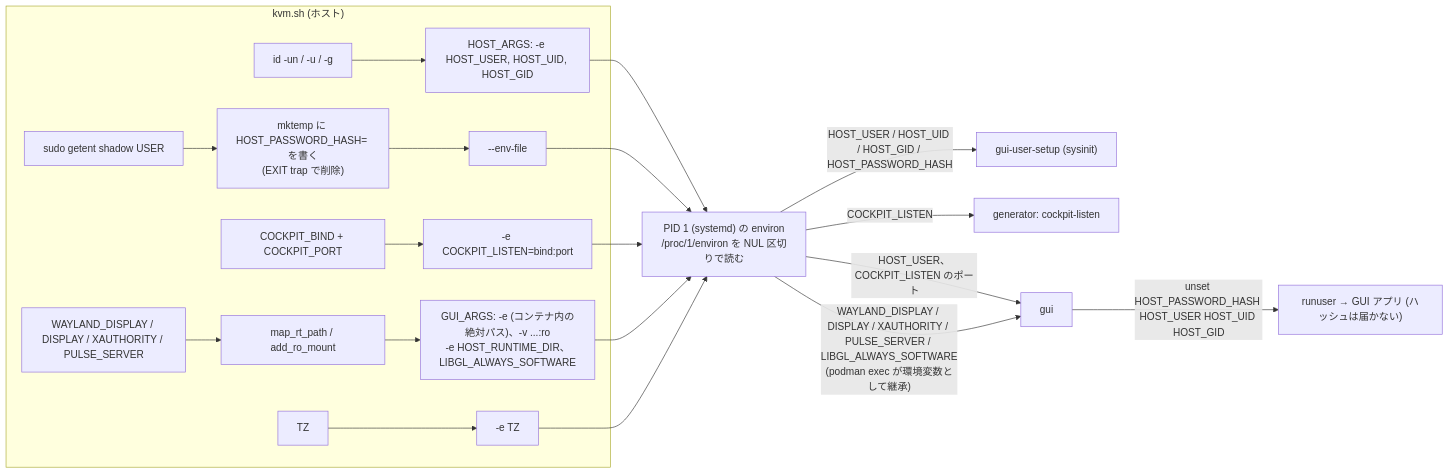
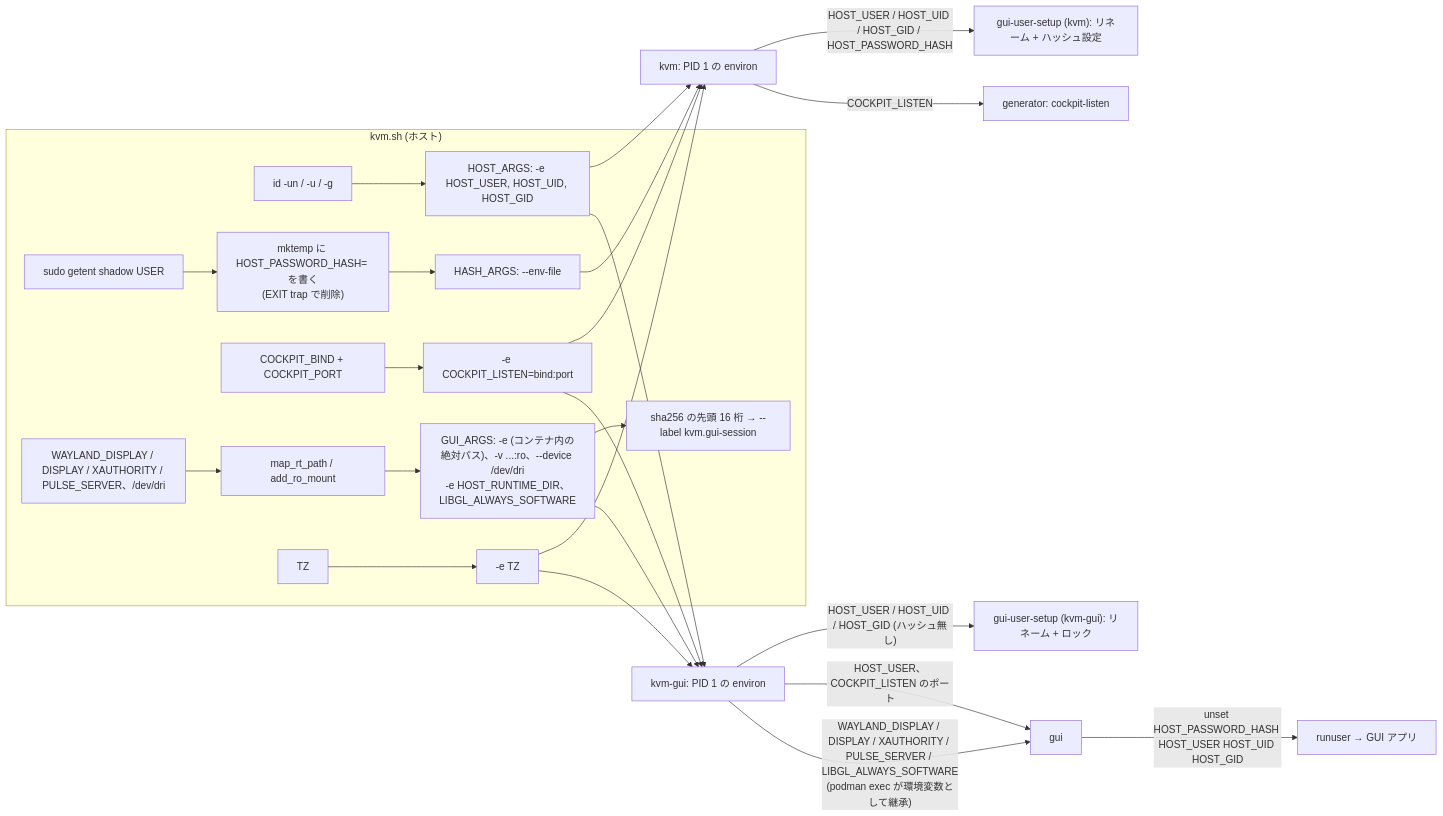
One commit to ryo-aoki-pc/kvm-container changed the eighth of 22 diagrams in docs/SPEC.md. Above: the diagram before and after it, drawn with Mermaid. The commit also changed other lines of this file, not shown here.

First line of the commit message:
docs/SPEC.md を 2 コンテナ構成 (kvm + kvm-gui) に合わせて全面更新する

````diff
--- a/docs/SPEC.md
+++ b/docs/SPEC.md
@@ -370,21 +474,27 @@
 ```mermaid
 flowchart LR
   subgraph src ["kvm.sh (ホスト)"]
     id["id -un / -u / -g"] --> ha["HOST_ARGS: -e HOST_USER, HOST_UID, HOST_GID"]
-    shadow["sudo getent shadow USER"] --> envf["mktemp に HOST_PASSWORD_HASH= を書く<br/>(EXIT trap で削除)"] --> ef["--env-file"]
+    shadow["sudo getent shadow USER"] --> envf["mktemp に HOST_PASSWORD_HASH= を書く<br/>(EXIT trap で削除)"] --> hash["HASH_ARGS: --env-file"]
     cb["COCKPIT_BIND + COCKPIT_PORT"] --> cl["-e COCKPIT_LISTEN=bind:port"]
-    sess["WAYLAND_DISPLAY / DISPLAY / XAUTHORITY / PULSE_SERVER"] --> map["map_rt_path / add_ro_mount"] --> ga["GUI_ARGS: -e (コンテナ内の絶対パス)、-v ...:ro<br/>-e HOST_RUNTIME_DIR、LIBGL_ALWAYS_SOFTWARE"]
+    sess["WAYLAND_DISPLAY / DISPLAY / XAUTHORITY / PULSE_SERVER、/dev/dri"] --> map["map_rt_path / add_ro_mount"] --> ga["GUI_ARGS: -e (コンテナ内の絶対パス)、-v ...:ro、--device /dev/dri<br/>-e HOST_RUNTIME_DIR、LIBGL_ALWAYS_SOFTWARE"]
+    ga --> label["sha256 の先頭 16 桁 → --label kvm.gui-session"]
     tz["TZ"] --> tzarg["-e TZ"]
   end
-  env["PID 1 (systemd) の environ<br/>/proc/1/environ を NUL 区切りで読む"]
-  ha --> env
-  ef --> env
-  cl --> env
-  ga --> env
-  tzarg --> env
-  env -->|"HOST_USER / HOST_UID / HOST_GID / HOST_PASSWORD_HASH"| gus["gui-user-setup (sysinit)"]
-  env -->|"COCKPIT_LISTEN"| gen["generator: cockpit-listen"]
-  env -->|"HOST_USER、COCKPIT_LISTEN のポート"| gui["gui"]
-  env -->|"WAYLAND_DISPLAY / DISPLAY / XAUTHORITY / PULSE_SERVER / LIBGL_ALWAYS_SOFTWARE<br/>(podman exec が環境変数として継承)"| gui
-  gui -->|"unset HOST_PASSWORD_HASH HOST_USER HOST_UID HOST_GID"| app["runuser → GUI アプリ (ハッシュは届かない)"]
+  kenv["kvm: PID 1 の environ"]
+  genv["kvm-gui: PID 1 の environ"]
+  ha --> kenv
+  ha --> genv
+  hash --> kenv
+  cl --> kenv
+  cl --> genv
+  ga --> genv
+  tzarg --> kenv
+  tzarg --> genv
+  kenv -->|"HOST_USER / HOST_UID / HOST_GID / HOST_PASSWORD_HASH"| kgus["gui-user-setup (kvm): リネーム + ハッシュ設定"]
+  kenv -->|"COCKPIT_LISTEN"| gen["generator: cockpit-listen"]
+  genv -->|"HOST_USER / HOST_UID / HOST_GID (ハッシュ無し)"| ggus["gui-user-setup (kvm-gui): リネーム + ロック"]
+  genv -->|"HOST_USER、COCKPIT_LISTEN のポート"| gui["gui"]
+  genv -->|"WAYLAND_DISPLAY / DISPLAY / XAUTHORITY / PULSE_SERVER / LIBGL_ALWAYS_SOFTWARE<br/>(podman exec が環境変数として継承)"| gui
+  gui -->|"unset HOST_PASSWORD_HASH HOST_USER HOST_UID HOST_GID"| app["runuser → GUI アプリ"]
 ```
````
